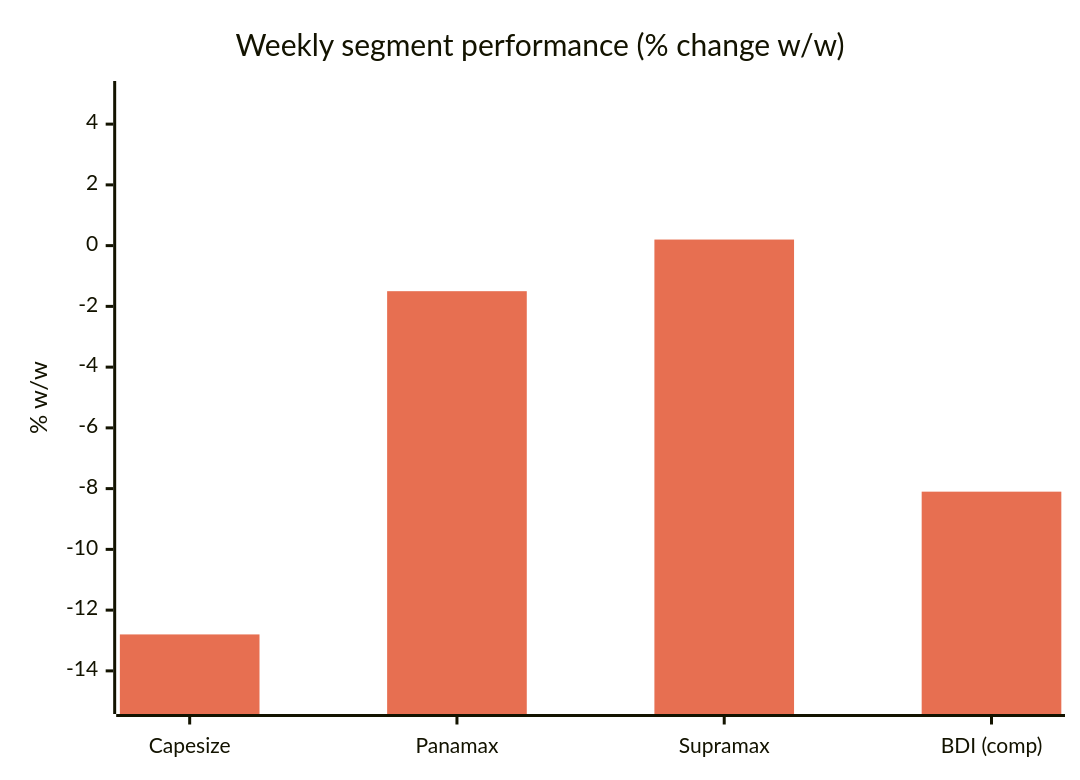
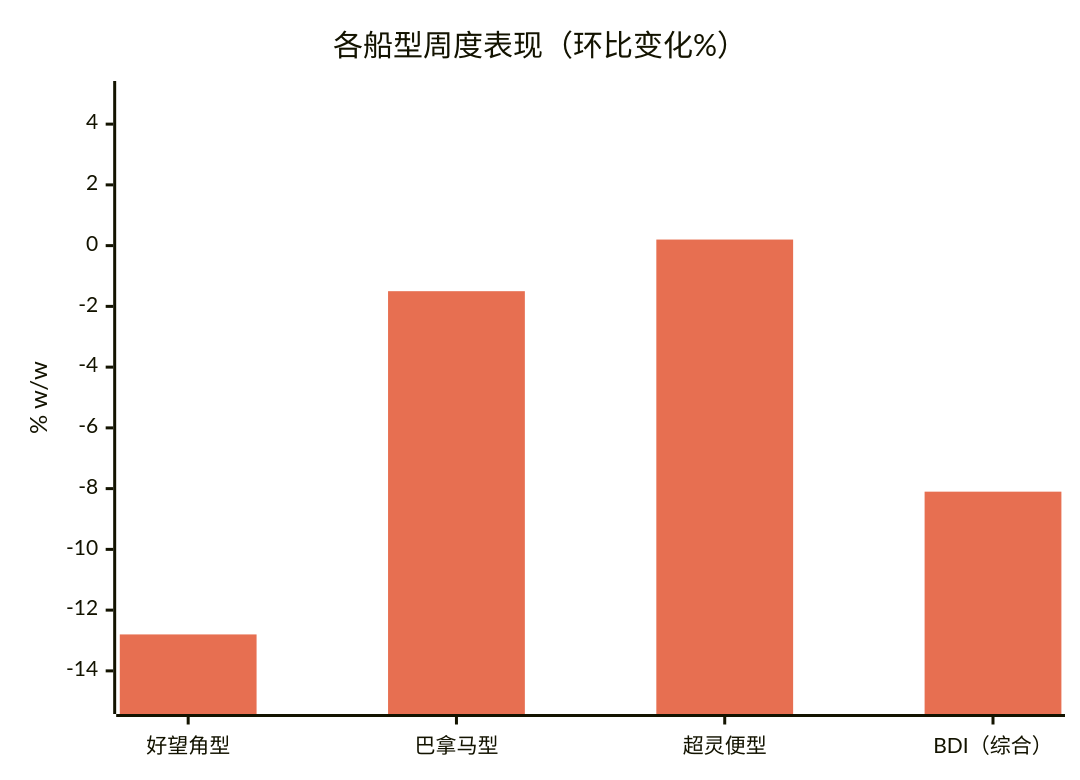
The fifth of 9 diagrams in Global-Trade-Intelligence-weekly-2026-10-05/index.zh.md (dureach/research), drawn with Mermaid before and after one commit. The commit also changed other lines of this file and 13 other files, not shown here.

First line of the commit message:
Rewrite both editions: more charts per guideline (10-12: 5->10, 10-05: 4->6)

````diff
--- a/Global-Trade-Intelligence-weekly-2026-10-05/index.zh.md
+++ b/Global-Trade-Intelligence-weekly-2026-10-05/index.zh.md
@@ -332,8 +353,8 @@
 ```mermaid
 %%{init: {'theme': 'base', 'themeVariables': {'xyChart': {'plotColorPalette': '#e76f51'}}}}%%
 xychart-beta
-    title "Weekly segment performance (% change w/w)"
-    x-axis ["Capesize", "Panamax", "Supramax", "BDI (comp)"]
+    title "各船型周度表现（环比变化%）"
+    x-axis ["好望角型", "巴拿马型", "超灵便型", "BDI（综合）"]
     y-axis "% w/w" -15 --> 5
     bar [-12.8, -1.5, 0.2, -8.1]
 ```
````
